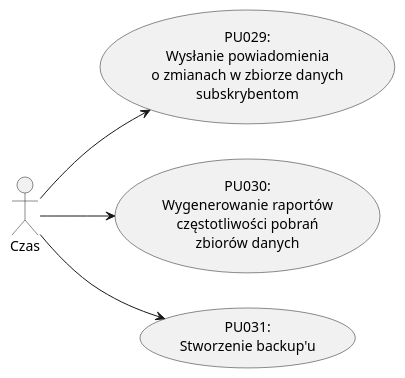
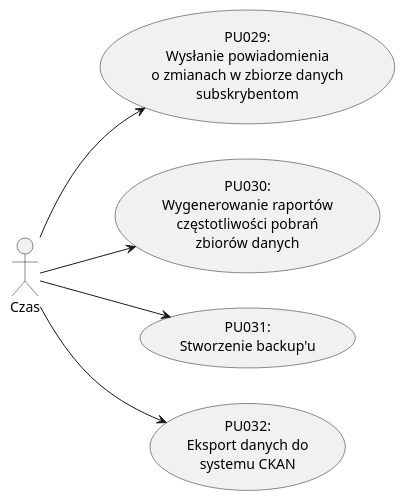
Diagram 11 of 13 in dokumentacja.md (kokolodziejska/IWO), drawn with PlantUML before and after one commit. The commit also changed other lines of this file and 5 other files, not shown here.

````diff
--- a/dokumentacja.md
+++ b/dokumentacja.md
@@ -1464,16 +1464,18 @@
   ```puml
   @startuml
   left to right direction
 
   actor "Czas" as Time
 
   usecase "PU029:\nWysłanie powiadomienia\no zmianach w zbiorze danych\nsubskrybentom" as PU029
   usecase "PU030:\nWygenerowanie raportów\nczęstotliwości pobrań\nzbiorów danych" as PU030
   usecase "PU031:\nStworzenie backup'u" as PU031
+  usecase "PU032:\nEksport danych do\nsystemu CKAN" as PU032
 
   Time --> PU029
   Time --> PU030
   Time --> PU031
+  Time --> PU032
 
   @enduml
   ```
````
